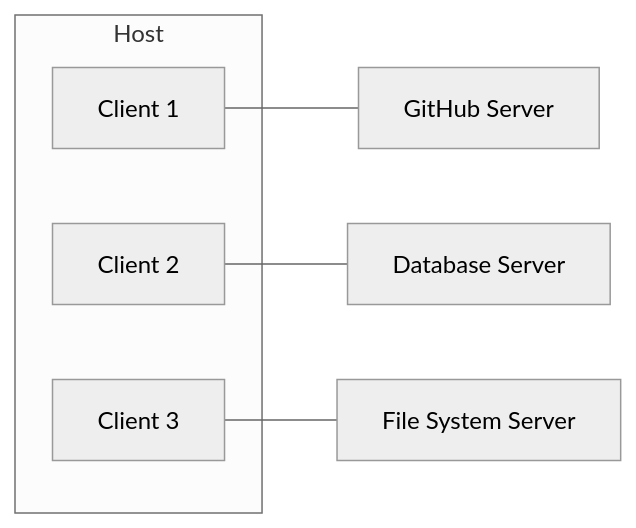
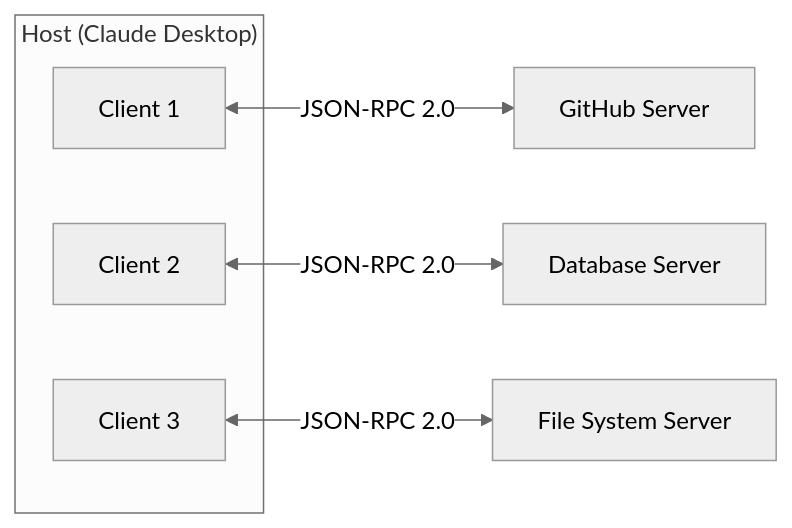
Before and after one commit to JuanLara18/portfolio: the first of 2 diagrams in front/public/blog/posts/field-notes/model-context-protocol.md, drawn with Mermaid (neutral theme). The commit also changed other lines of this file and 1 other file, not shown here.

````diff
--- a/front/public/blog/posts/field-notes/model-context-protocol.md
+++ b/front/public/blog/posts/field-notes/model-context-protocol.md
@@ -54,11 +54,11 @@
 ```mermaid
 flowchart LR
-    subgraph HOST["Host"]
+    subgraph HOST["Host (Claude Desktop)"]
         C1["Client 1"]
         C2["Client 2"]
         C3["Client 3"]
     end
-    C1 --- S1["GitHub Server"]
-    C2 --- S2["Database Server"]
-    C3 --- S3["File System Server"]
+    C1 <-->|"JSON-RPC 2.0"| S1["GitHub Server"]
+    C2 <-->|"JSON-RPC 2.0"| S2["Database Server"]
+    C3 <-->|"JSON-RPC 2.0"| S3["File System Server"]
 ```
````
